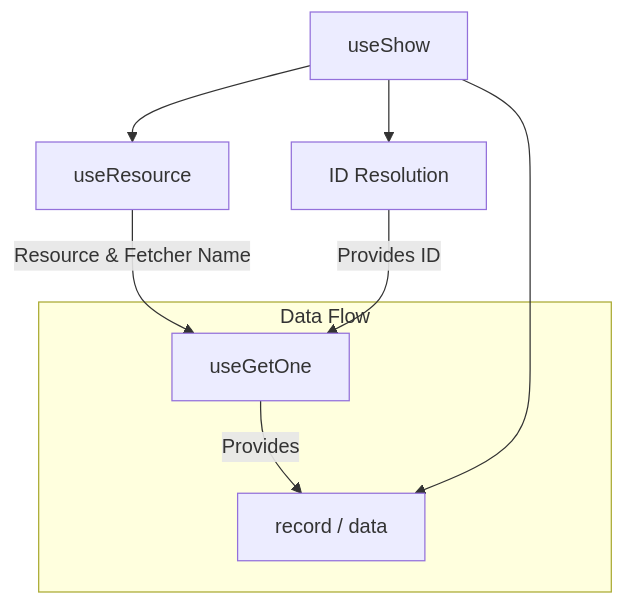
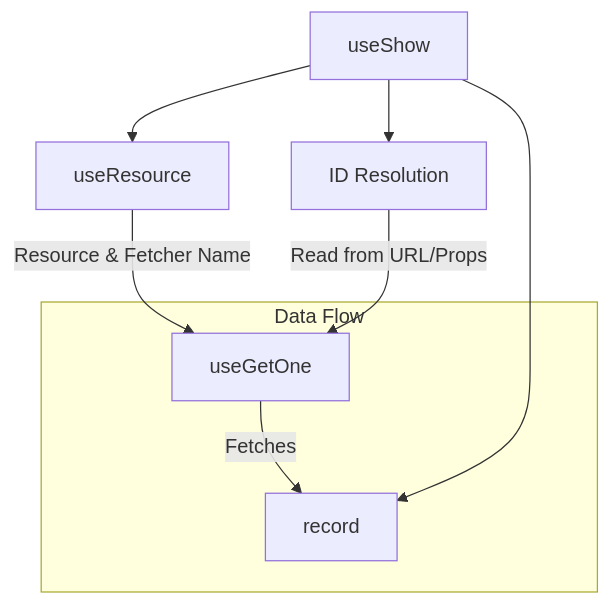
One commit to aa900031/ginjou changed the third of 5 diagrams in docs/content/1.guides/2.form.md. Above: the diagram before and after it, drawn with Mermaid. The commit also changed other lines of this file and 173 other files, not shown here.

````diff
--- a/docs/content/1.guides/2.form.md
+++ b/docs/content/1.guides/2.form.md
@@ -171,13 +256,13 @@
 ```mermaid
 graph TD
     A[useShow] --> B[useResource]
     B -- Resource & Fetcher Name --> D[useGetOne]
     A --> C[ID Resolution]
-    C --> |Provides ID| D
+    C -- Read from URL/Props --> D
 
     subgraph Data Flow
-        D --> |Provides| E[record / data]
+        D --> |Fetches| E[record]
     end
 
     A --> E
 ```
````
